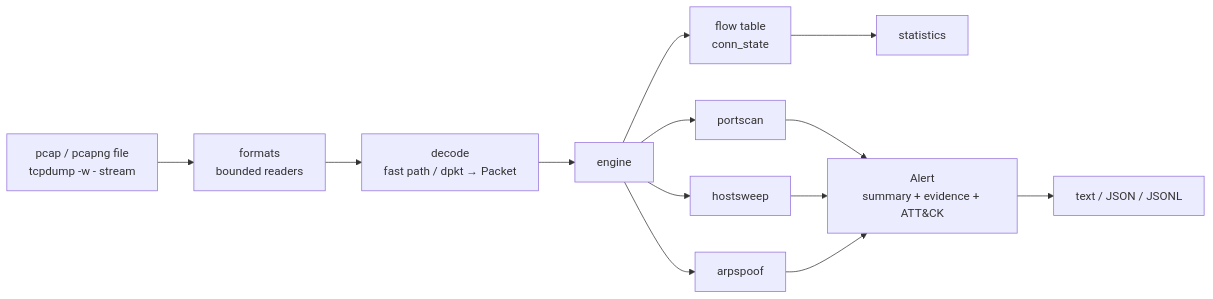
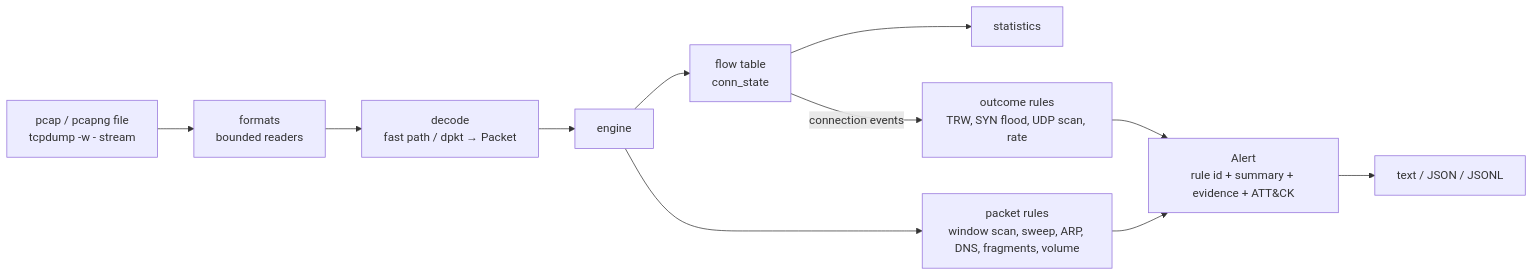
The diagram in README.md (furkan-akkaya/NetGuard), drawn with Mermaid before and after one commit. The commit also changed other lines of this file and 12 other files, not shown here.

````diff
--- a/README.md
+++ b/README.md
@@ -120,12 +130,11 @@
 ```mermaid
 flowchart LR
     A[pcap / pcapng file<br/>tcpdump -w - stream] --> B[formats<br/>bounded readers]
     B --> C[decode<br/>fast path / dpkt → Packet]
     C --> D[engine]
     D --> E[flow table<br/>conn_state] --> S[statistics]
-    D --> F1[portscan]
-    D --> F2[hostsweep]
-    D --> F3[arpspoof]
-    F1 & F2 & F3 --> G[Alert<br/>summary + evidence + ATT&CK]
+    E -- connection events --> F2[outcome rules<br/>TRW, SYN flood, UDP scan, rate]
+    D --> F1[packet rules<br/>window scan, sweep, ARP, DNS, fragments, volume]
+    F1 & F2 --> G[Alert<br/>rule id + summary + evidence + ATT&CK]
     G --> H[text / JSON / JSONL]
 ```
````
